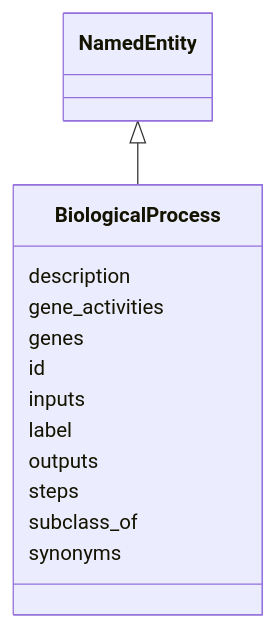
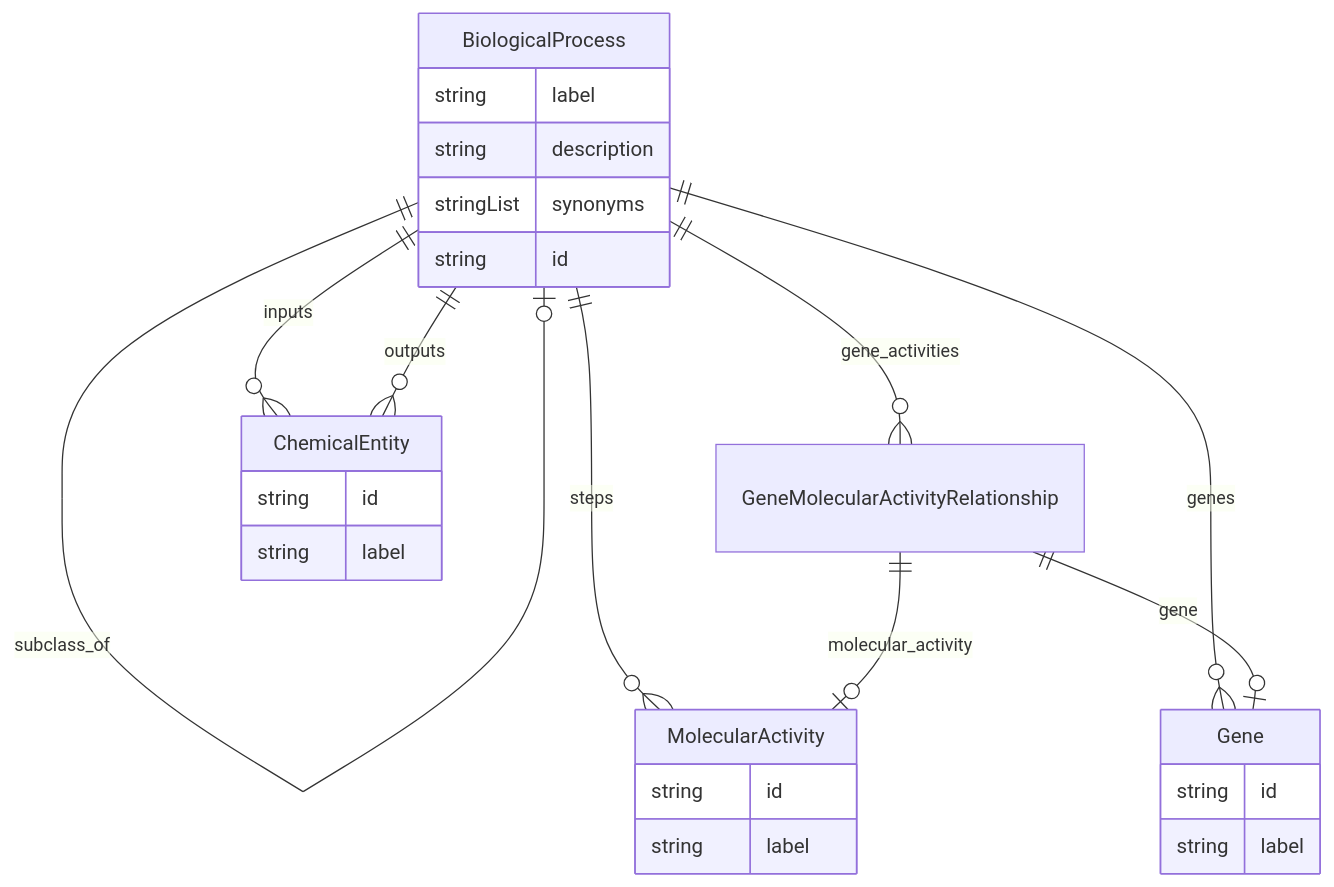
The diagram in docs/biological_process/BiologicalProcess.md (monarch-initiative/ontogpt), drawn with Mermaid before and after one commit. The commit also changed 187 other files, not shown here.

````diff
--- a/docs/biological_process/BiologicalProcess.md
+++ b/docs/biological_process/BiologicalProcess.md
@@ -8,17 +8,34 @@
 ```mermaid
- classDiagram
-    class BiologicalProcess
-      NamedEntity <|-- BiologicalProcess
-      
-      BiologicalProcess : description
-      BiologicalProcess : gene_activities
-      BiologicalProcess : genes
-      BiologicalProcess : id
-      BiologicalProcess : inputs
-      BiologicalProcess : label
-      BiologicalProcess : outputs
-      BiologicalProcess : steps
-      BiologicalProcess : subclass_of
-      BiologicalProcess : synonyms
-      
+erDiagram
+BiologicalProcess {
+    string label  
+    string description  
+    stringList synonyms  
+    string id  
+}
+GeneMolecularActivityRelationship {
+
+}
+MolecularActivity {
+    string id  
+    string label  
+}
+Gene {
+    string id  
+    string label  
+}
+ChemicalEntity {
+    string id  
+    string label  
+}
+
+BiologicalProcess ||--|o BiologicalProcess : "subclass_of"
+BiologicalProcess ||--}o ChemicalEntity : "inputs"
+BiologicalProcess ||--}o ChemicalEntity : "outputs"
+BiologicalProcess ||--}o MolecularActivity : "steps"
+BiologicalProcess ||--}o Gene : "genes"
+BiologicalProcess ||--}o GeneMolecularActivityRelationship : "gene_activities"
+GeneMolecularActivityRelationship ||--|o Gene : "gene"
+GeneMolecularActivityRelationship ||--|o MolecularActivity : "molecular_activity"
+
 ```
````
